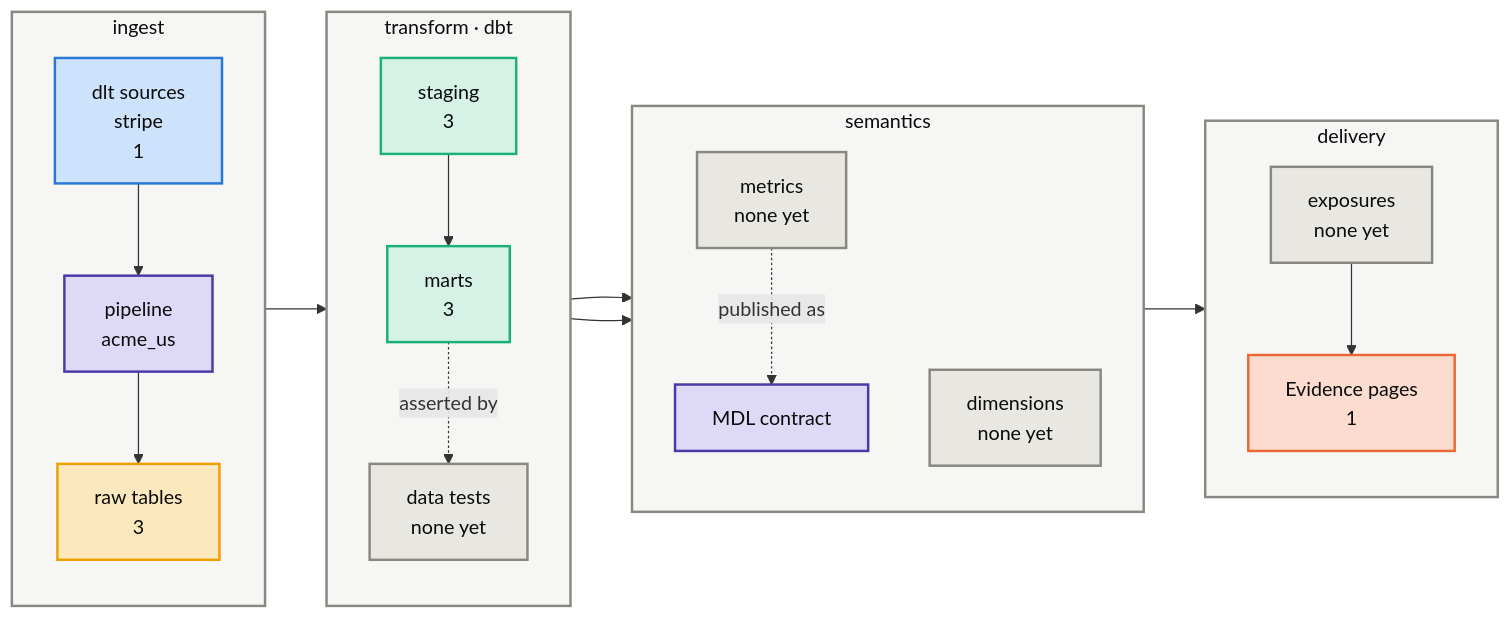
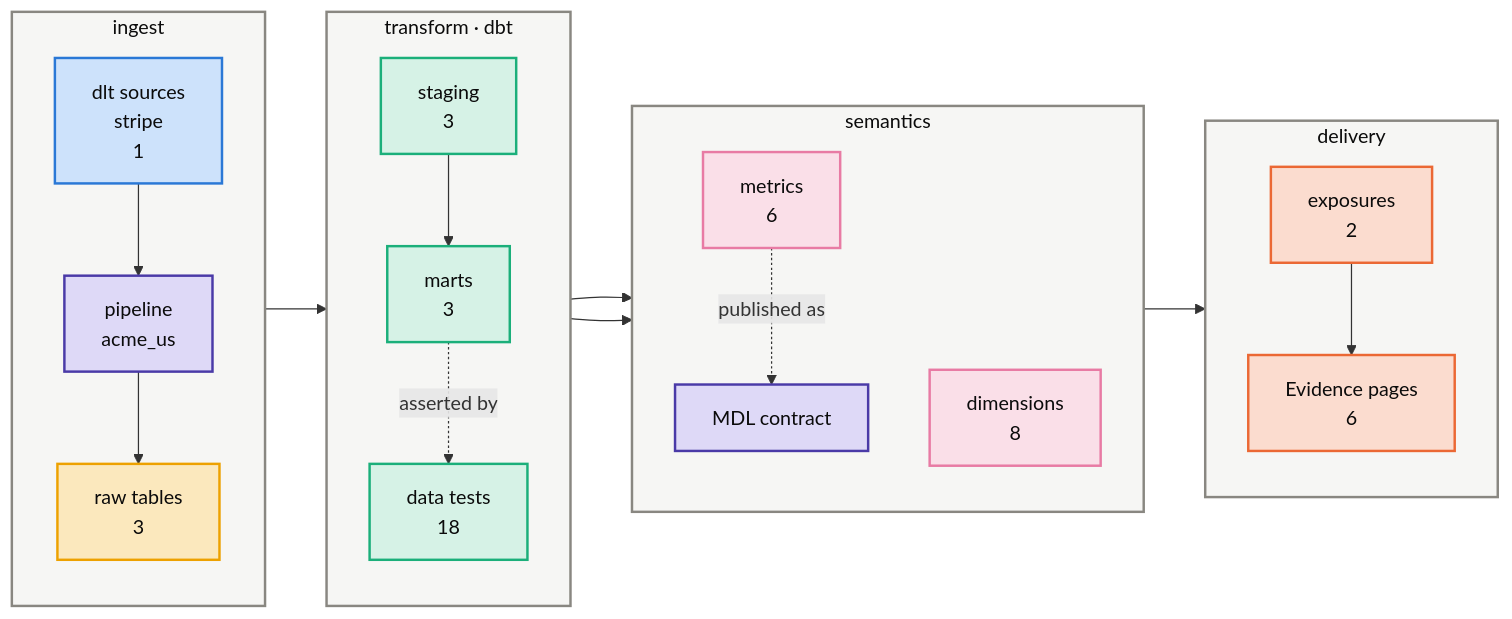
The first of 3 diagrams in groups/acme/projects/acme-us/kg/architecture.md (Atomz-org/data-platform), drawn with Mermaid before and after one commit. The commit also changed other lines of this file and 8 other files, not shown here.

First line of the commit message:
Regenerate the nine maps from a graph that was actually built

````diff
--- a/groups/acme/projects/acme-us/kg/architecture.md
+++ b/groups/acme/projects/acme-us/kg/architecture.md
@@ -10,41 +10,41 @@
 ```mermaid
 flowchart LR
     subgraph LI["ingest"]
         direction TB
         I1["dlt sources<br/>stripe<br/>1"]:::ingress
         I2["pipeline<br/>acme_us"]:::platform
         I3["raw tables<br/>3"]:::raw
     end
     subgraph LT["transform · dbt"]
         direction TB
         T1["staging<br/>3"]:::model
         T2["marts<br/>3"]:::model
-        T3["data tests<br/>none yet"]:::neutral
+        T3["data tests<br/>18"]:::model
     end
     subgraph LS["semantics"]
         direction TB
-        S1["metrics<br/>none yet"]:::neutral
-        S2["dimensions<br/>none yet"]:::neutral
+        S1["metrics<br/>6"]:::metric
+        S2["dimensions<br/>8"]:::metric
         S3["MDL contract"]:::platform
     end
     subgraph LD["delivery"]
         direction TB
-        D1["exposures<br/>none yet"]:::neutral
-        D2["Evidence pages<br/>1"]:::exposure
+        D1["exposures<br/>2"]:::exposure
+        D2["Evidence pages<br/>6"]:::exposure
     end
     I1 --> I2 --> I3 --> T1 --> T2
     T2 --> S1 --> D1 --> D2
     T2 --> S2
     S1 -.published as.-> S3
     T2 -.asserted by.-> T3
     classDef ingress fill:#cde2fb,stroke:#2a78d6,stroke-width:2px,color:#0b0b0b
     classDef platform fill:#ded9f7,stroke:#4a3aa7,stroke-width:2px,color:#0b0b0b
     classDef raw fill:#fbe8bd,stroke:#eda100,stroke-width:2px,color:#0b0b0b
     classDef model fill:#d6f2e6,stroke:#1baf7a,stroke-width:2px,color:#0b0b0b
     classDef metric fill:#fadfe8,stroke:#e87ba4,stroke-width:2px,color:#0b0b0b
     classDef exposure fill:#fbdccf,stroke:#eb6834,stroke-width:2px,color:#0b0b0b
     classDef neutral fill:#e8e7e2,stroke:#898781,stroke-width:2px,color:#0b0b0b
     classDef project fill:#e3eefc,stroke:#2a78d6,stroke-width:2px,color:#0b0b0b
     classDef lane fill:#f6f6f4,stroke:#898781,stroke-width:2px,color:#0b0b0b
     class LI,LT,LS,LD lane
 ```
````
